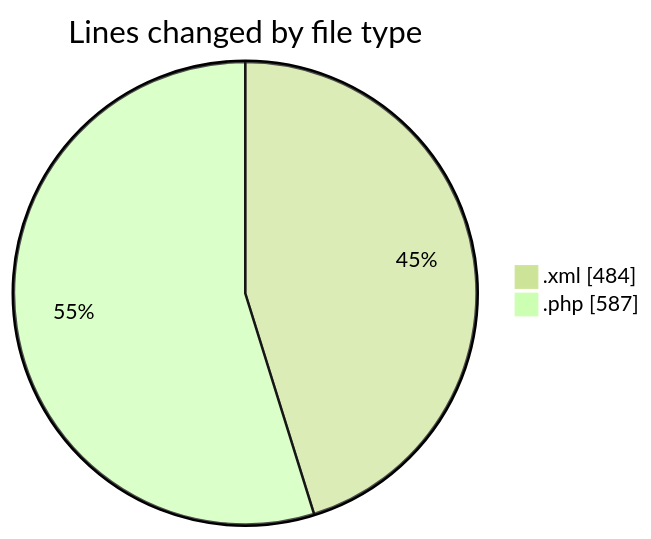
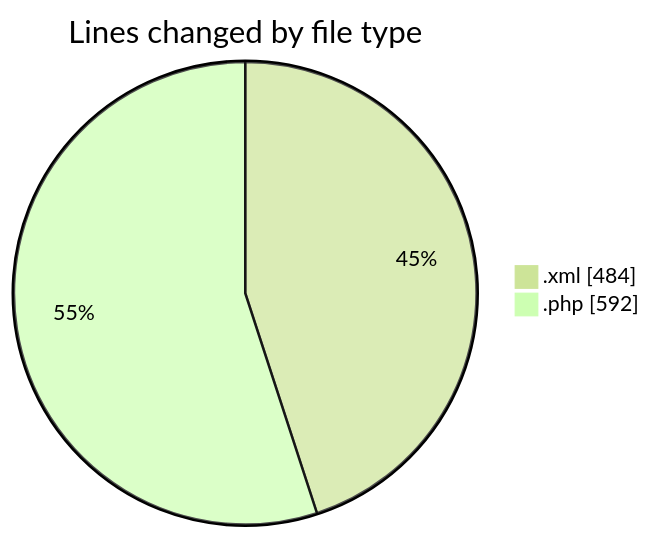
The first of 2 diagrams in 2025-04-24/zeytoon/README.md (vahidmafi/code-tracking), drawn with Mermaid (forest theme) before and after one commit. The commit also changed other lines of this file and 1 other file, not shown here.

````diff
--- a/2025-04-24/zeytoon/README.md
+++ b/2025-04-24/zeytoon/README.md
@@ -22,6 +22,6 @@
 ```mermaid
 pie showData
 title Lines changed by file type
 ".xml" : 484
-".php" : 587
+".php" : 592
 ```
````
